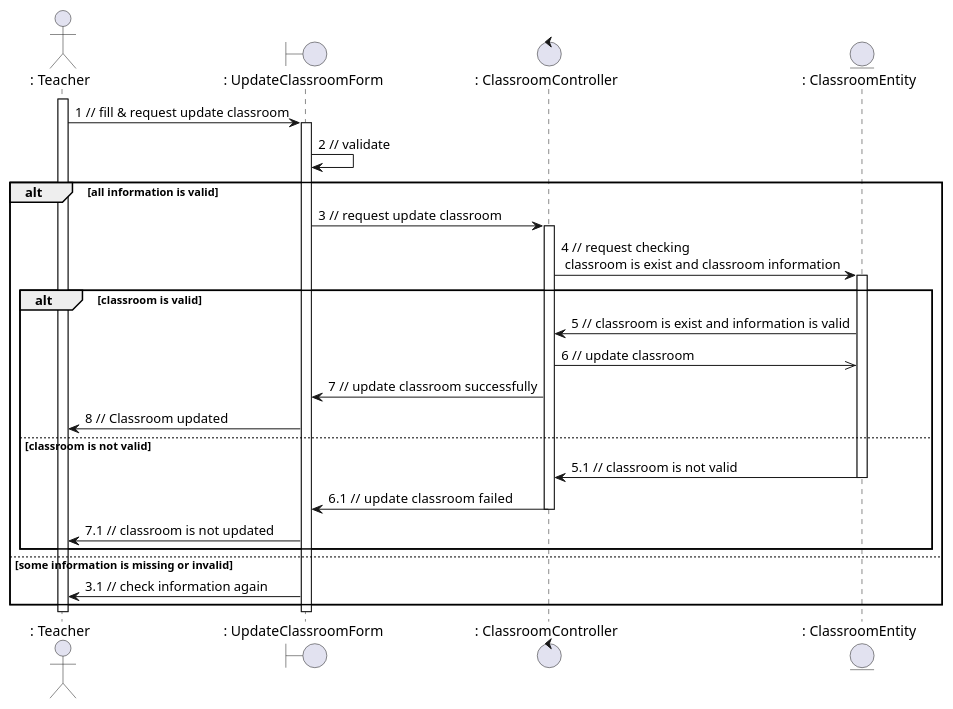
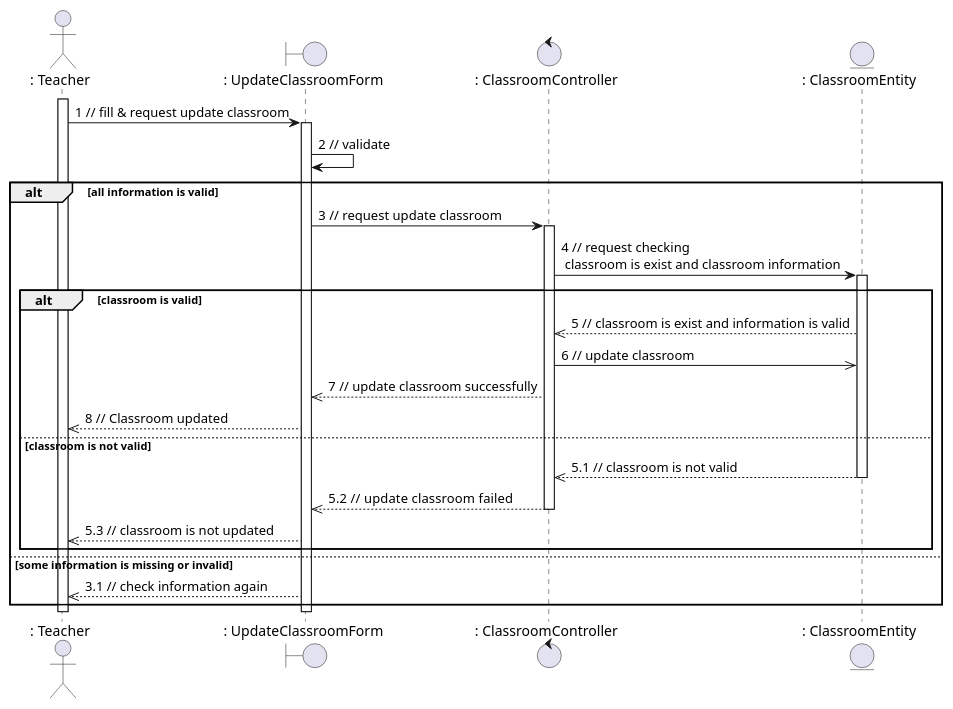
One commit to anonyhostvn/OOAD-Diagram changed the diagram in sequence - analysis/classroom/updateClass.plantuml. Above: the diagram before and after it, drawn with PlantUML. The commit also changed 20 other files, not shown here.

Commit message:
fix sequence analaysis numbering

```diff
--- a/sequence - analysis/classroom/updateClass.plantuml
+++ b/sequence - analysis/classroom/updateClass.plantuml
@@ -1,36 +1,36 @@
 @startuml updateClass
 
 actor ": Teacher"
 boundary ": UpdateClassroomForm"
 control ": ClassroomController"
 entity ": ClassroomEntity"
 
 activate ": Teacher"
 ": Teacher" -> ": UpdateClassroomForm": 1 // fill & request update classroom
 activate ": UpdateClassroomForm"
 ": UpdateClassroomForm" -> ": UpdateClassroomForm": 2 // validate
 alt all information is valid
     ": UpdateClassroomForm" -> ": ClassroomController": 3 // request update classroom
     activate ": ClassroomController"
     ": ClassroomController" -> ": ClassroomEntity": 4 // request checking \n classroom is exist and classroom information
     activate ": ClassroomEntity"
     alt classroom is valid
-        ": ClassroomEntity" -> ": ClassroomController": 5 // classroom is exist and information is valid
+        ": ClassroomEntity" -->> ": ClassroomController": 5 // classroom is exist and information is valid
         ": ClassroomController" ->> ": ClassroomEntity": 6 // update classroom
-        ": ClassroomController" -> ": UpdateClassroomForm": 7 // update classroom successfully
-        ": UpdateClassroomForm" -> ": Teacher": 8 // Classroom updated
+        ": ClassroomController" -->> ": UpdateClassroomForm": 7 // update classroom successfully
+        ": UpdateClassroomForm" -->> ": Teacher": 8 // Classroom updated
     else classroom is not valid
-        ": ClassroomEntity" -> ": ClassroomController": 5.1 // classroom is not valid
+        ": ClassroomEntity" -->> ": ClassroomController": 5.1 // classroom is not valid
         deactivate ": ClassroomEntity"
-        ": ClassroomController" -> ": UpdateClassroomForm": 6.1 // update  classroom failed
+        ": ClassroomController" -->> ": UpdateClassroomForm": 5.2 // update  classroom failed
         deactivate ": ClassroomController"
-        ": UpdateClassroomForm" -> ": Teacher": 7.1 // classroom is not updated
+        ": UpdateClassroomForm" -->> ": Teacher": 5.3 // classroom is not updated
     end
 else some information is missing or invalid
-    ": UpdateClassroomForm" -> ": Teacher": 3.1 // check information again
+    ": UpdateClassroomForm" -->> ": Teacher": 3.1 // check information again
 end
 
 deactivate ": UpdateClassroomForm"
 deactivate ": Teacher"
 
 @enduml
```
